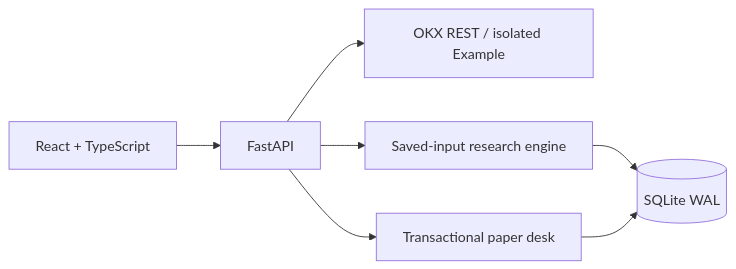
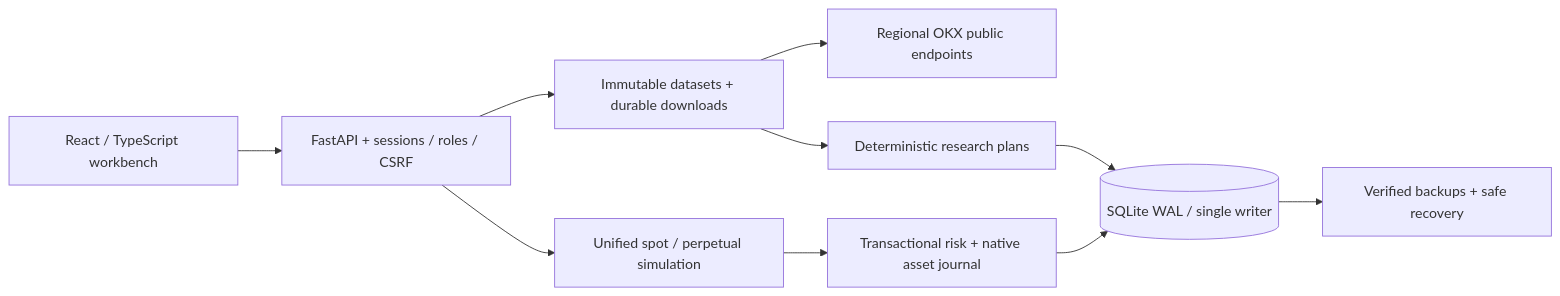
The diagram in README.md (billpwchan/tidebench), drawn with Mermaid before and after one commit. The commit also changed other lines of this file and 69 other files, not shown here.

Commit message:
Build professional spot and perpetual research workspace

````diff
--- a/README.md
+++ b/README.md
@@ -109,9 +83,12 @@
 ```mermaid
 flowchart LR
-    UI[React + TypeScript] --> API[FastAPI]
-    API --> Data[OKX REST / isolated Example]
-    API --> Research[Saved-input research engine]
-    API --> Paper[Transactional paper desk]
-    Research --> DB[(SQLite WAL)]
-    Paper --> DB
+    UI[React / TypeScript workbench] --> API[FastAPI + sessions / roles / CSRF]
+    API --> Catalog[Immutable datasets + durable downloads]
+    Catalog --> OKX[Regional OKX public endpoints]
+    Catalog --> Research[Deterministic research plans]
+    API --> Book[Unified spot / perpetual simulation]
+    Book --> Risk[Transactional risk + native asset journal]
+    Research --> DB[(SQLite WAL / single writer)]
+    Risk --> DB
+    DB --> Recovery[Verified backups + safe recovery]
 ```
````
